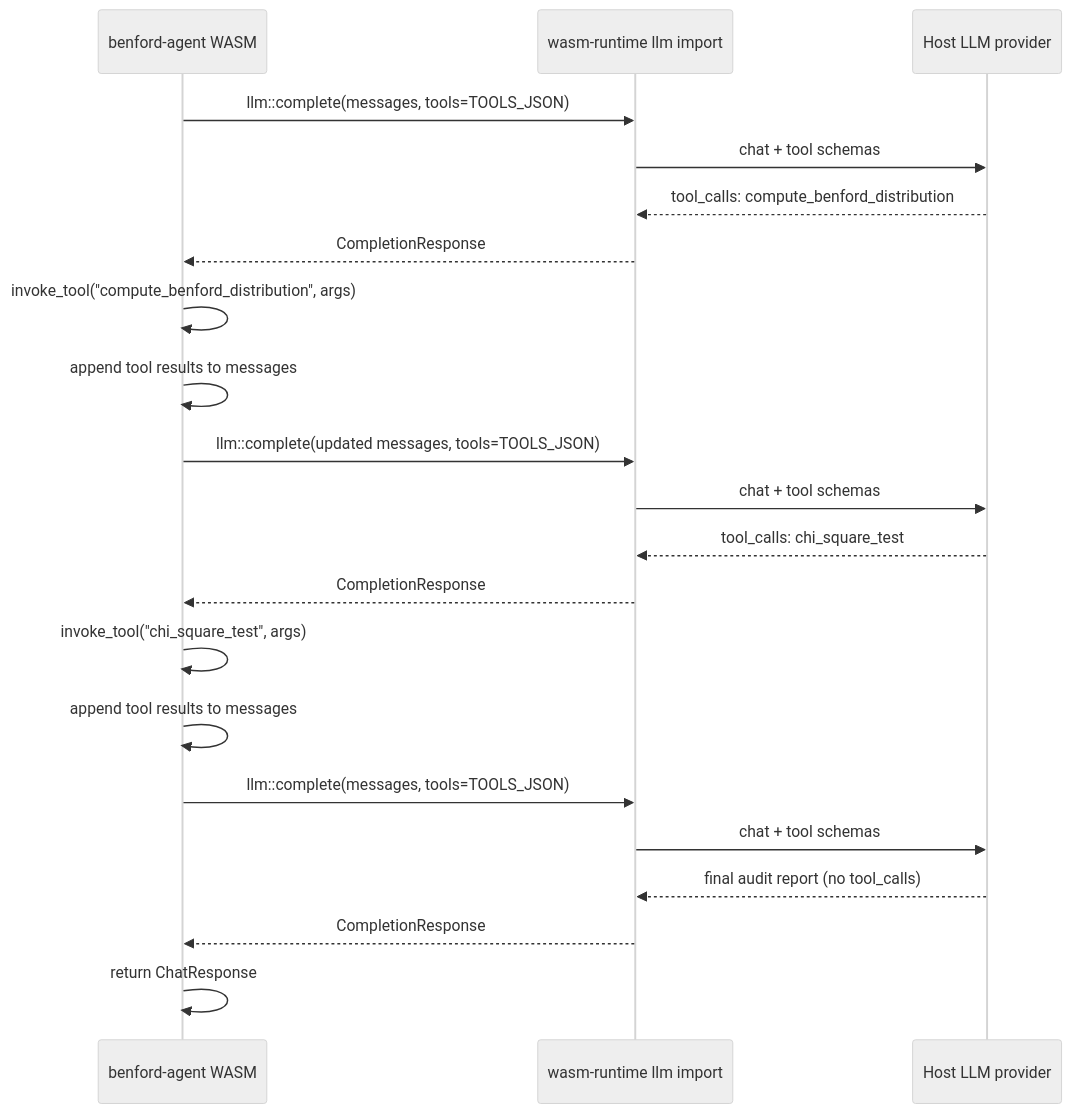
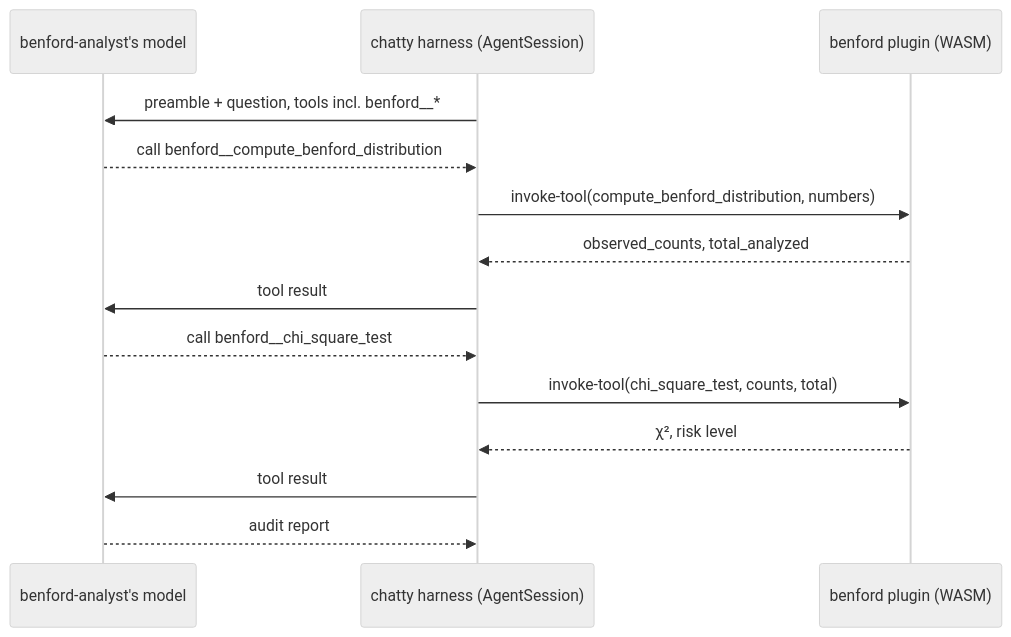
The diagram in docs-site/src/dev/start/tutorial-benford-agent.md (boersmamarcel/chatty2), drawn with Mermaid (neutral theme) before and after one commit. The commit also changed other lines of this file and 13 other files, not shown here.

Commit message:
Docs for chatty:plugin@0.3.0: WIT reference, the two plugin tutorials, the build guide and the architecture page (AGE-618)

````diff
--- a/docs-site/src/dev/start/tutorial-benford-agent.md
+++ b/docs-site/src/dev/start/tutorial-benford-agent.md
@@ -34,28 +32,17 @@
 ```mermaid
 sequenceDiagram
-  participant Guest as benford-agent WASM
-  participant Host as wasm-runtime llm import
-  participant LLM as Host LLM provider
+  participant Model as benford-analyst's model
+  participant Harness as chatty harness (AgentSession)
+  participant Plugin as benford plugin (WASM)
 
-  Guest->>Host: llm::complete(messages, tools=TOOLS_JSON)
-  Host->>LLM: chat + tool schemas
-  LLM-->>Host: tool_calls: compute_benford_distribution
-  Host-->>Guest: CompletionResponse
-
-  Guest->>Guest: invoke_tool("compute_benford_distribution", args)
-  Guest->>Guest: append tool results to messages
-
-  Guest->>Host: llm::complete(updated messages, tools=TOOLS_JSON)
-  Host->>LLM: chat + tool schemas
-  LLM-->>Host: tool_calls: chi_square_test
-  Host-->>Guest: CompletionResponse
-
-  Guest->>Guest: invoke_tool("chi_square_test", args)
-  Guest->>Guest: append tool results to messages
-
-  Guest->>Host: llm::complete(messages, tools=TOOLS_JSON)
-  Host->>LLM: chat + tool schemas
-  LLM-->>Host: final audit report (no tool_calls)
-  Host-->>Guest: CompletionResponse
-  Guest->>Guest: return ChatResponse
+  Harness->>Model: preamble + question, tools incl. benford__*
+  Model-->>Harness: call benford__compute_benford_distribution
+  Harness->>Plugin: invoke-tool(compute_benford_distribution, numbers)
+  Plugin-->>Harness: observed_counts, total_analyzed
+  Harness->>Model: tool result
+  Model-->>Harness: call benford__chi_square_test
+  Harness->>Plugin: invoke-tool(chi_square_test, counts, total)
+  Plugin-->>Harness: χ², risk level
+  Harness->>Model: tool result
+  Model-->>Harness: audit report
 ```
````
